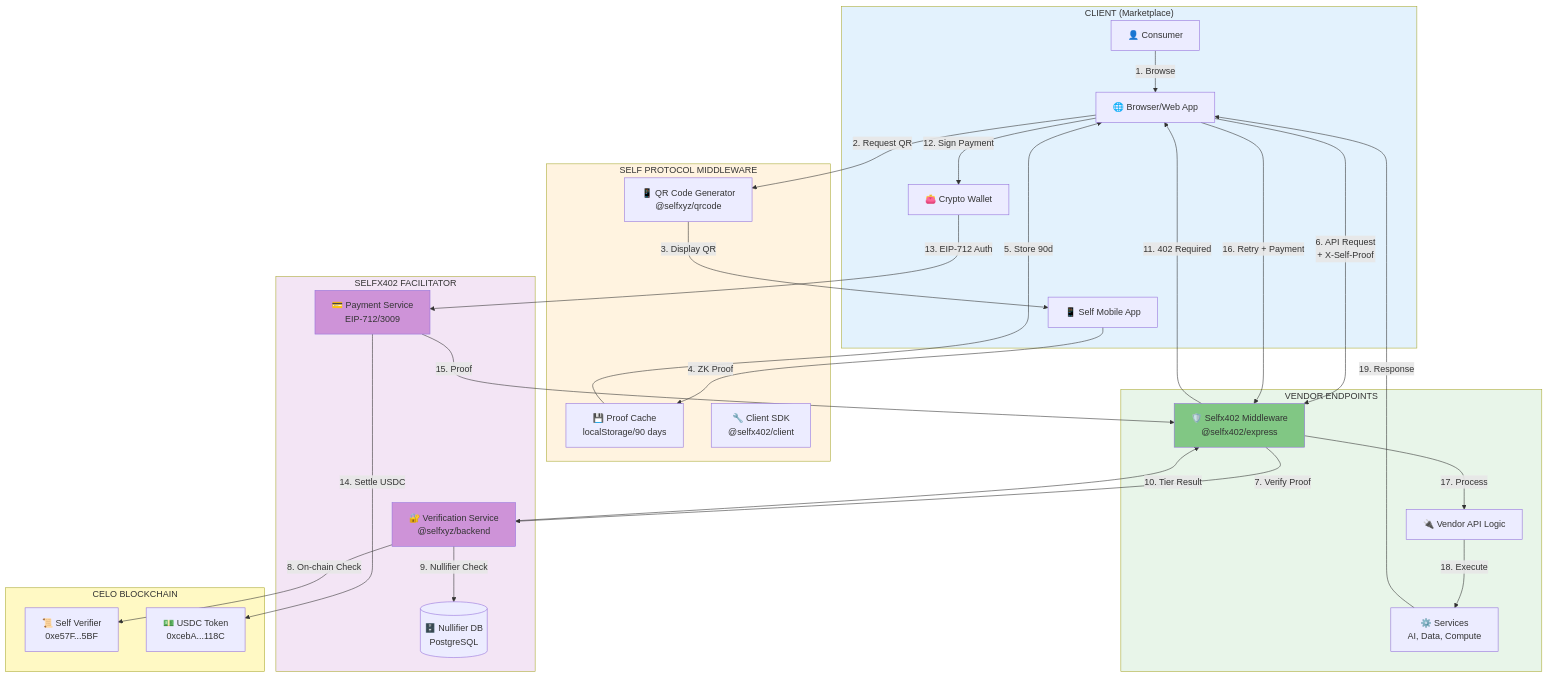
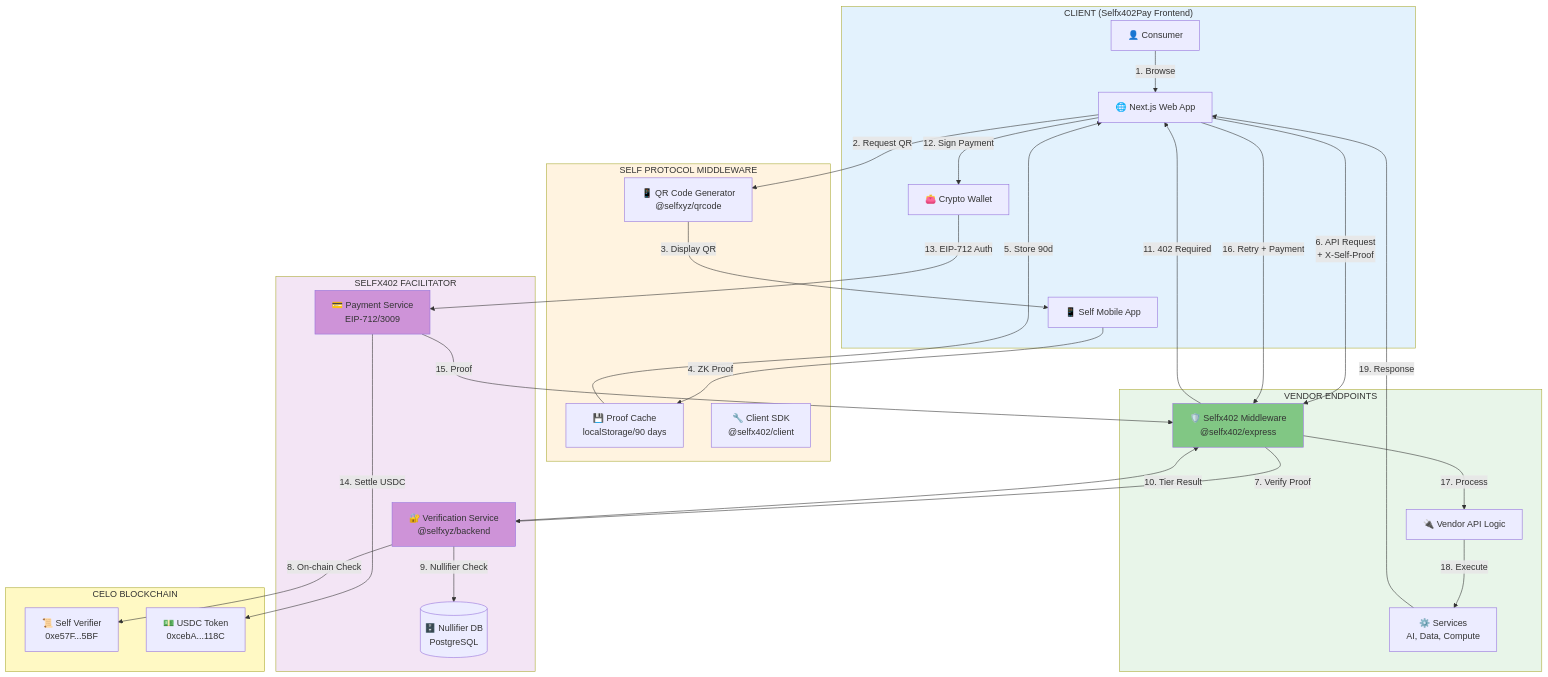
Before and after one commit to JulioMCruz/Self-x402: the first of 4 diagrams in README.md, drawn with Mermaid. The commit also changed other lines of this file and 86 other files, not shown here.

````diff
--- a/README.md
+++ b/README.md
@@ -46,64 +52,64 @@
 ```mermaid
 graph TB
-    subgraph Client["CLIENT (Marketplace)"]
+    subgraph Client["CLIENT (Selfx402Pay Frontend)"]
         Consumer[👤 Consumer]
-        Browser[🌐 Browser/Web App]
+        Browser[🌐 Next.js Web App]
         SelfApp[📱 Self Mobile App]
         Wallet[👛 Crypto Wallet]
     end
 
     subgraph SelfMiddleware["SELF PROTOCOL MIDDLEWARE"]
         QRGen[📱 QR Code Generator<br/>@selfxyz/qrcode]
         ProofCache[💾 Proof Cache<br/>localStorage/90 days]
         ClientSDK[🔧 Client SDK<br/>@selfx402/client]
     end
 
     subgraph Facilitator["SELFX402 FACILITATOR"]
         VerifyBackend[🔐 Verification Service<br/>@selfxyz/backend]
         PaymentFacilitator[💳 Payment Service<br/>EIP-712/3009]
         NullifierDB[(🗄️ Nullifier DB<br/>PostgreSQL)]
     end
 
     subgraph Vendors["VENDOR ENDPOINTS"]
         VendorMiddleware[🛡️ Selfx402 Middleware<br/>@selfx402/express]
         VendorAPI[🔌 Vendor API Logic]
         VendorServices[⚙️ Services<br/>AI, Data, Compute]
     end
 
     subgraph Blockchain["CELO BLOCKCHAIN"]
         SelfContract[📜 Self Verifier<br/>0xe57F...5BF]
         USDCContract[💵 USDC Token<br/>0xcebA...118C]
     end
 
     Consumer -->|1. Browse| Browser
     Browser -->|2. Request QR| QRGen
     QRGen -->|3. Display QR| SelfApp
     SelfApp -->|4. ZK Proof| ProofCache
     ProofCache -->|5. Store 90d| Browser
 
     Browser -->|6. API Request<br/>+ X-Self-Proof| VendorMiddleware
     VendorMiddleware -->|7. Verify Proof| VerifyBackend
     VerifyBackend -->|8. On-chain Check| SelfContract
     VerifyBackend -->|9. Nullifier Check| NullifierDB
     VerifyBackend -->|10. Tier Result| VendorMiddleware
 
     VendorMiddleware -->|11. 402 Required| Browser
     Browser -->|12. Sign Payment| Wallet
     Wallet -->|13. EIP-712 Auth| PaymentFacilitator
     PaymentFacilitator -->|14. Settle USDC| USDCContract
     PaymentFacilitator -->|15. Proof| VendorMiddleware
 
     Browser -->|16. Retry + Payment| VendorMiddleware
     VendorMiddleware -->|17. Process| VendorAPI
     VendorAPI -->|18. Execute| VendorServices
     VendorServices -->|19. Response| Browser
 
     style Client fill:#e3f2fd
     style SelfMiddleware fill:#fff3e0
     style Facilitator fill:#f3e5f5
     style Vendors fill:#e8f5e9
     style Blockchain fill:#fff9c4
     style VerifyBackend fill:#ce93d8
     style PaymentFacilitator fill:#ce93d8
     style VendorMiddleware fill:#81c784
 ```
````
